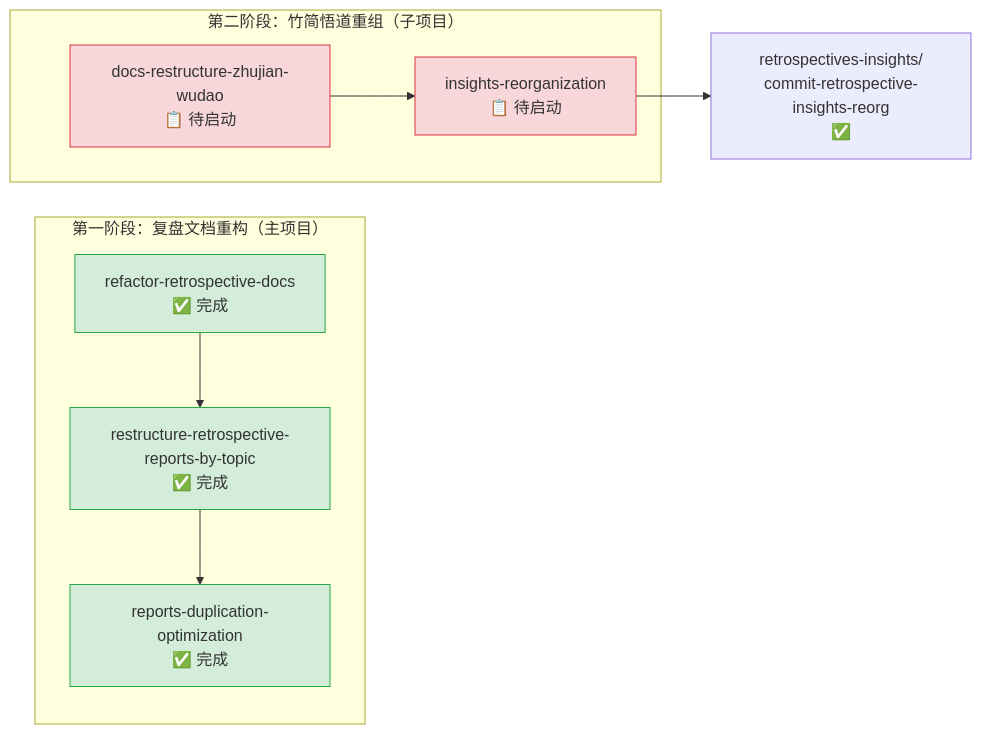
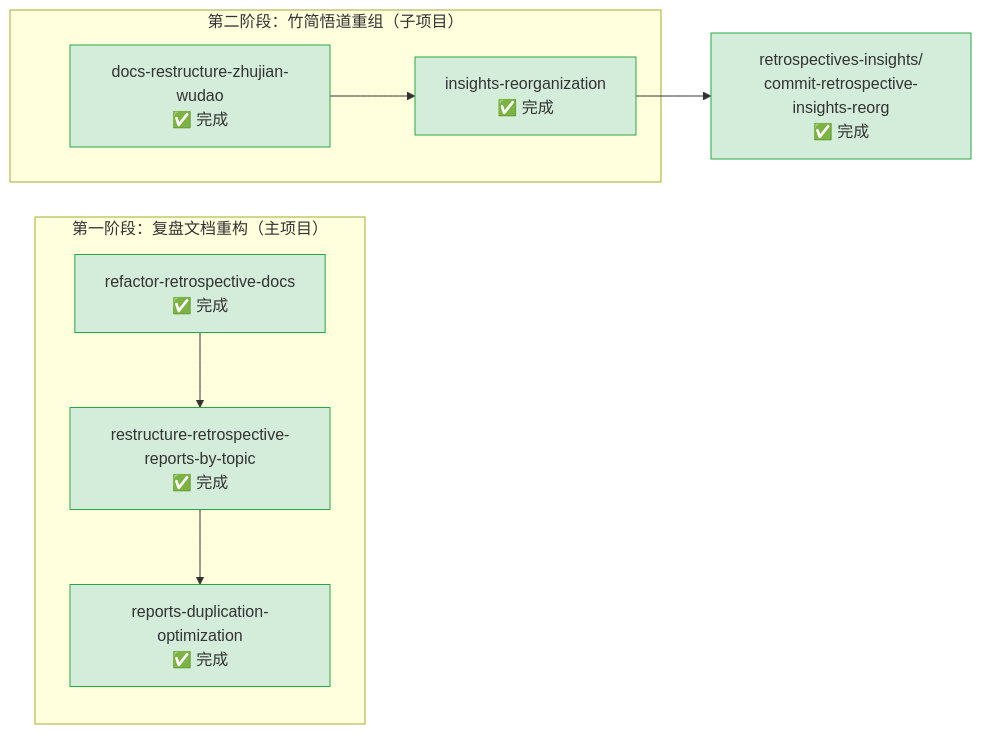
One commit to xinetzone/SpecWeave changed the diagram in .trae/specs/docs-restructure/README.md. Above: the diagram before and after it, drawn with Mermaid. The commit also changed other lines of this file and 3 other files, not shown here.

````diff
--- a/.trae/specs/docs-restructure/README.md
+++ b/.trae/specs/docs-restructure/README.md
@@ -25,26 +25,27 @@
 ```mermaid
 flowchart LR
     subgraph S1 ["第一阶段：复盘文档重构（主项目）"]
         RRD[refactor-retrospective-docs<br>✅ 完成]
         RRR[restructure-retrospective-reports-by-topic<br>✅ 完成]
         RDO[reports-duplication-optimization<br>✅ 完成]
     end
 
     subgraph S2 ["第二阶段：竹简悟道重组（子项目）"]
-        DRZ[docs-restructure-zhujian-wudao<br>📋 待启动]
-        IR[insights-reorganization<br>📋 待启动]
+        DRZ[docs-restructure-zhujian-wudao<br>✅ 完成]
+        IR[insights-reorganization<br>✅ 完成]
     end
 
-    CRIR[retrospectives-insights/<br>commit-retrospective-insights-reorg<br>✅]
+    CRIR[retrospectives-insights/<br>commit-retrospective-insights-reorg<br>✅ 完成]
 
     RRD --> RRR
     RRR --> RDO
     DRZ --> IR
     IR --> CRIR
 
     style RRD fill:#d4edda,stroke:#28a745
     style RRR fill:#d4edda,stroke:#28a745
     style RDO fill:#d4edda,stroke:#28a745
-    style DRZ fill:#f8d7da,stroke:#dc3545
-    style IR fill:#f8d7da,stroke:#dc3545
+    style DRZ fill:#d4edda,stroke:#28a745
+    style IR fill:#d4edda,stroke:#28a745
+    style CRIR fill:#d4edda,stroke:#28a745
 ```
````
